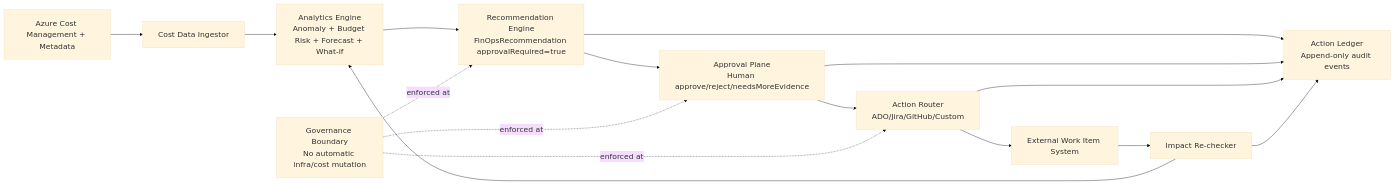
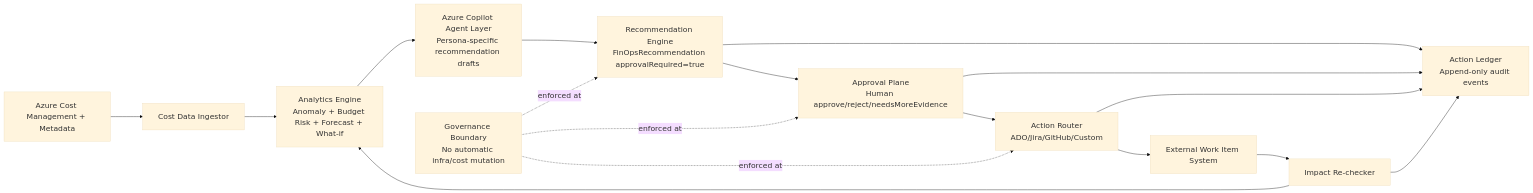
Before and after one commit to sethiramicrosoft/azure-copilot-finops-starter: the diagram in README.md, drawn with Mermaid. The commit also changed other lines of this file and 8 other files, not shown here.

Commit message:
Add Azure Copilot agent orchestration and reference adapters

````diff
--- a/README.md
+++ b/README.md
@@ -139,23 +158,24 @@
 ```mermaid
 %%{init: {'theme':'base','themeVariables':{'fontSize':'20px'},'flowchart':{'nodeSpacing':65,'rankSpacing':85,'padding':20,'useMaxWidth':true}} }%%
 flowchart LR
     A[Azure Cost Management + Metadata] --> B[Cost Data Ingestor]
     B --> C[Analytics Engine<br/>Anomaly + Budget Risk + Forecast + What-if]
-    C --> D[Recommendation Engine<br/>FinOpsRecommendation approvalRequired=true]
+    C --> K[Azure Copilot Agent Layer<br/>Persona-specific recommendation drafts]
+    K --> D[Recommendation Engine<br/>FinOpsRecommendation approvalRequired=true]
 
     D --> E[Approval Plane<br/>Human approve/reject/needsMoreEvidence]
     E --> F[Action Router<br/>ADO/Jira/GitHub/Custom]
     F --> G[External Work Item System]
 
     D --> H[Action Ledger<br/>Append-only audit events]
     E --> H
     F --> H
 
     G --> I[Impact Re-checker]
     I --> C
     I --> H
 
     J[Governance Boundary<br/>No automatic infra/cost mutation] -.enforced at.-> D
     J -.enforced at.-> E
     J -.enforced at.-> F
 ```
````
